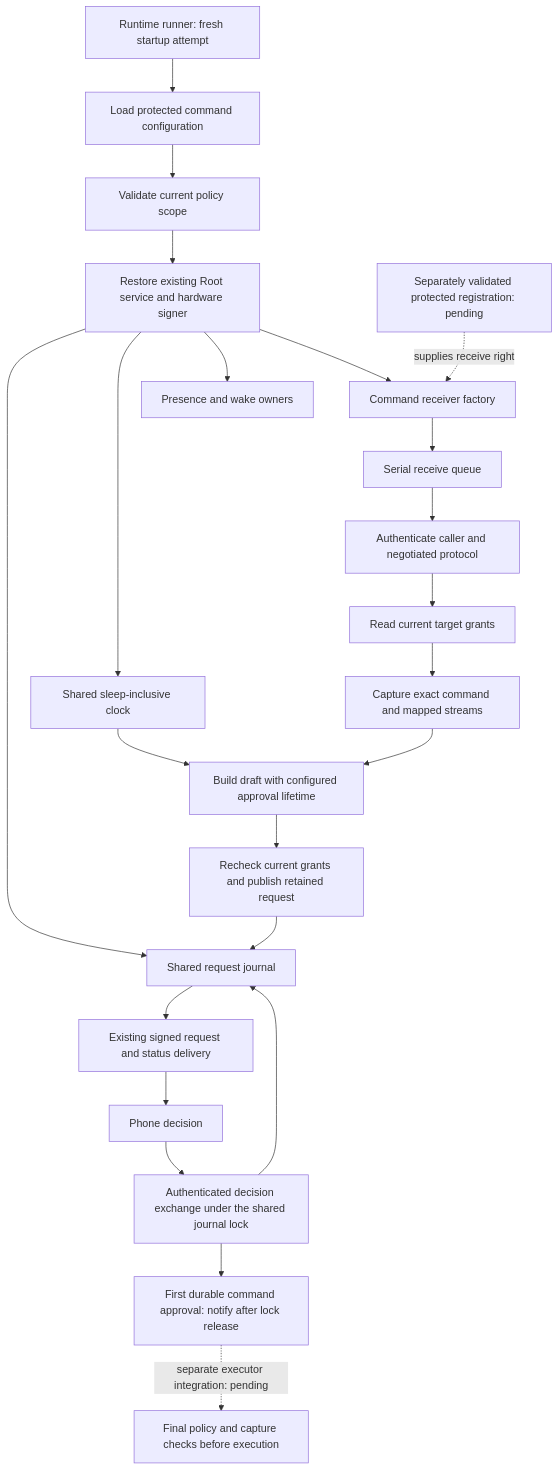
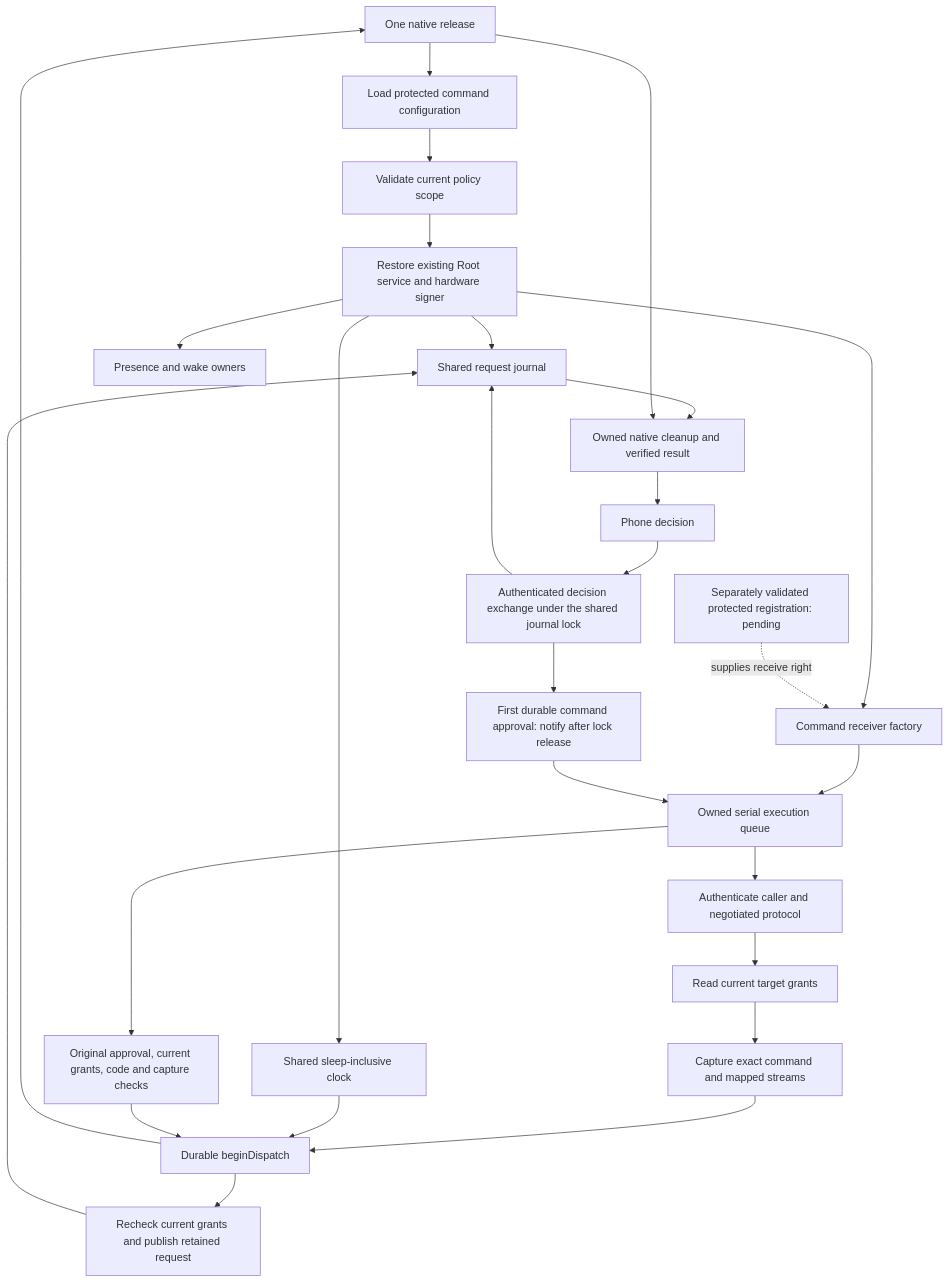
One commit to rock3r/remozio changed the diagram in docs/macos-configured-command-runtime.md. Above: the diagram before and after it, drawn with Mermaid. The commit also changed other lines of this file and 13 other files, not shown here.

````diff
--- a/docs/macos-configured-command-runtime.md
+++ b/docs/macos-configured-command-runtime.md
@@ -7,25 +8,29 @@
 ```mermaid
 flowchart TD
     R[Runtime runner: fresh startup attempt] --> C[Load protected command configuration]
     C --> P[Validate current policy scope]
     P --> S[Restore existing Root service and hardware signer]
     S --> J[Shared request journal]
     S --> K[Shared sleep-inclusive clock]
     S --> W[Presence and wake owners]
     S --> F[Command receiver factory]
     I[Separately validated protected registration: pending] -. supplies receive right .-> F
     F --> Q[Serial receive queue]
     Q --> A[Authenticate caller and negotiated protocol]
     A --> G[Read current target grants]
     G --> X[Capture exact command and mapped streams]
     X --> D[Build draft with configured approval lifetime]
     K --> D
     D --> V[Recheck current grants and publish retained request]
     V --> J
     J --> N[Existing signed request and status delivery]
     N --> B[Phone decision]
     B --> H[Authenticated decision exchange under the shared journal lock]
     H --> J
     H --> U[First durable command approval: notify after lock release]
-    U -. separate executor integration: pending .-> E[Final policy and capture checks before execution]
+    U --> Q[Owned serial execution queue]
+    Q --> E[Original approval, current grants, code and capture checks]
+    E --> D[Durable beginDispatch]
+    D --> R[One native release]
+    R --> N[Owned native cleanup and verified result]
 ```
````
